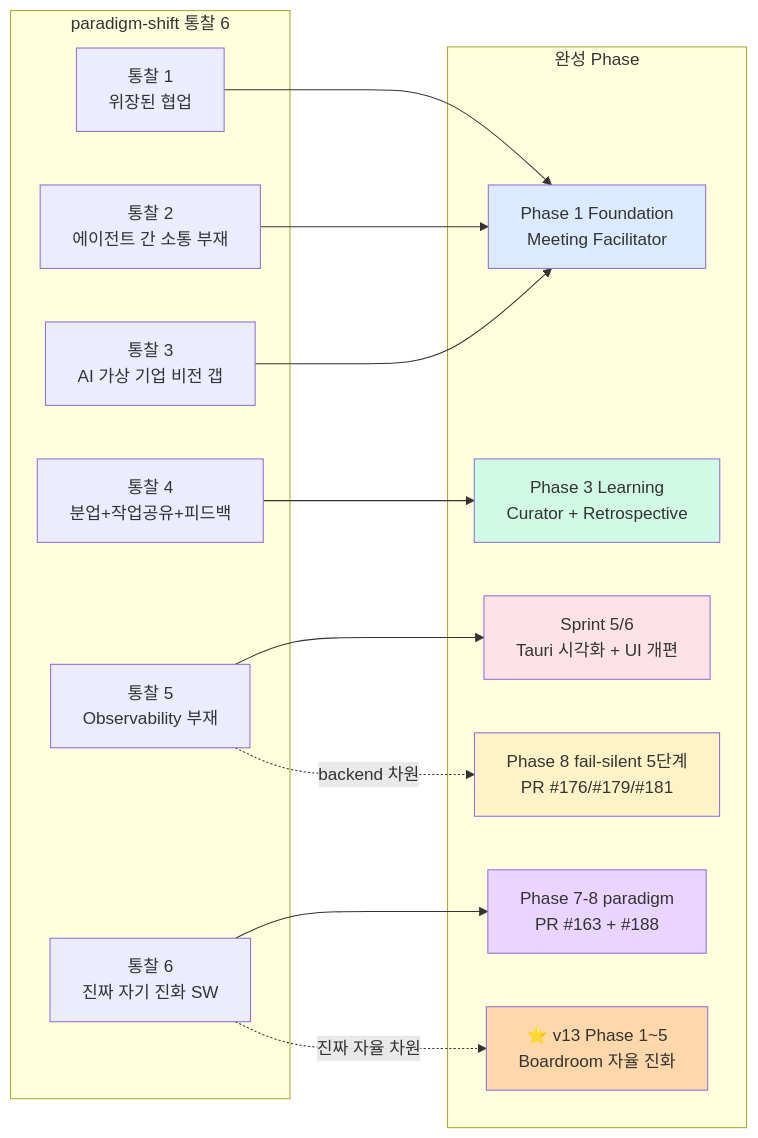
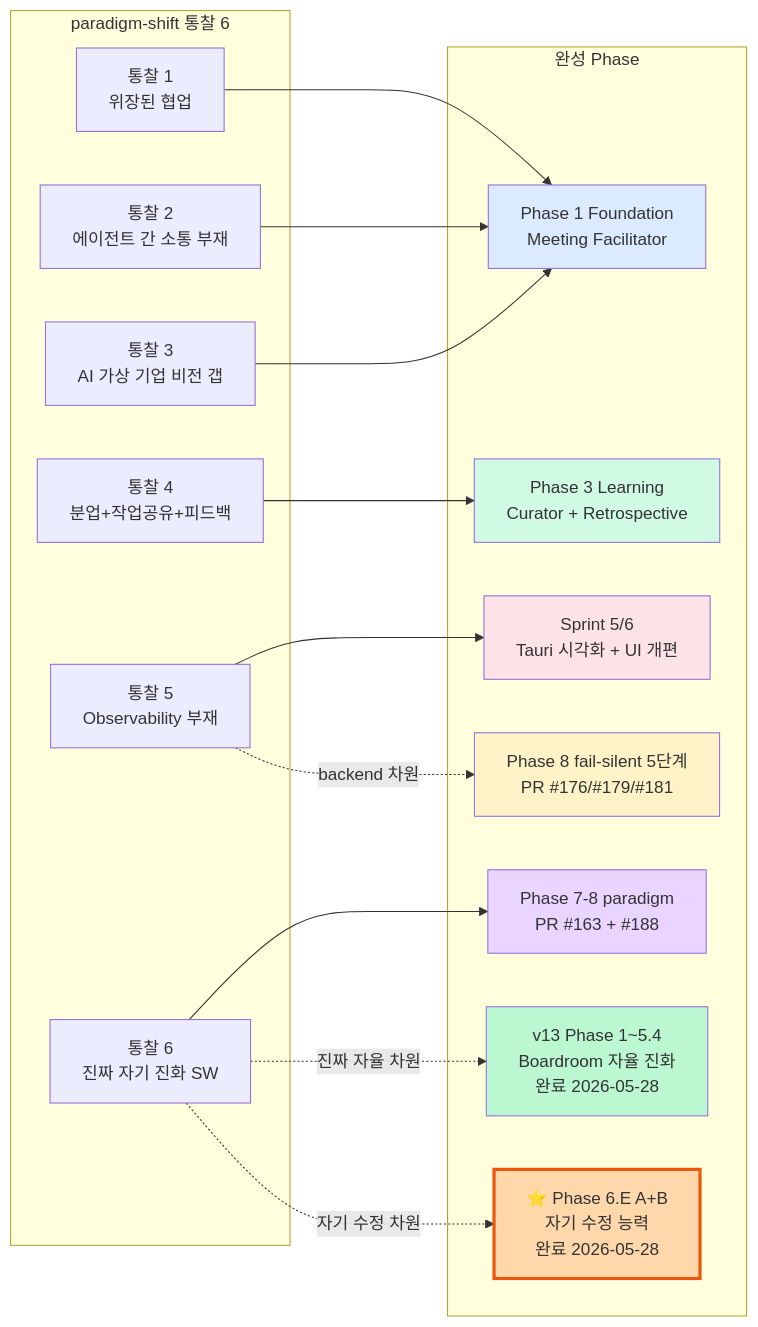
Before and after one commit to SongJongwon/nexus-alpha: the third of 4 diagrams in docs/architecture/phase_progress.md, drawn with Mermaid. The commit also changed other lines of this file and 2 other files, not shown here.

First line of the commit message:
docs: 2026-05-28 세션 마무리 — Phase 6.E A+B 완성 반영 3 문서 갱신 (#233)

````diff
--- a/docs/architecture/phase_progress.md
+++ b/docs/architecture/phase_progress.md
@@ -106,36 +141,39 @@
 ```mermaid
 graph LR
     subgraph insights["paradigm-shift 통찰 6"]
         I1[통찰 1<br/>위장된 협업]
         I2[통찰 2<br/>에이전트 간 소통 부재]
         I3[통찰 3<br/>AI 가상 기업 비전 갭]
         I4[통찰 4<br/>분업+작업공유+피드백]
         I5[통찰 5<br/>Observability 부재]
         I6[통찰 6<br/>진짜 자기 진화 SW]
     end
 
     subgraph phases["완성 Phase"]
         P_K[Phase 1 Foundation<br/>Meeting Facilitator]
         P_L[Phase 3 Learning<br/>Curator + Retrospective]
         P_FS[Phase 8 fail-silent 5단계<br/>PR #176/#179/#181]
         P_PD[Phase 7-8 paradigm<br/>PR #163 + #188]
         P_S5[Sprint 5/6<br/>Tauri 시각화 + UI 개편]
-        P_V13[⭐ v13 Phase 1~5<br/>Boardroom 자율 진화]
+        P_V13[v13 Phase 1~5.4<br/>Boardroom 자율 진화<br/>완료 2026-05-28]
+        P_V6E[⭐ Phase 6.E A+B<br/>자기 수정 능력<br/>완료 2026-05-28]
     end
 
     I1 --> P_K
     I2 --> P_K
     I3 --> P_K
     I4 --> P_L
     I5 --> P_S5
     I5 -.->|backend 차원| P_FS
     I6 --> P_PD
     I6 -.->|진짜 자율 차원| P_V13
+    I6 -.->|자기 수정 차원| P_V6E
 
     style P_K fill:#dbeafe
     style P_L fill:#d1fae5
     style P_FS fill:#fef3c7
     style P_PD fill:#e9d5ff
     style P_S5 fill:#fde2e8
-    style P_V13 fill:#fed7aa
+    style P_V13 fill:#bbf7d0
+    style P_V6E fill:#fed7aa,stroke:#ea580c,stroke-width:3px
 ```
````
